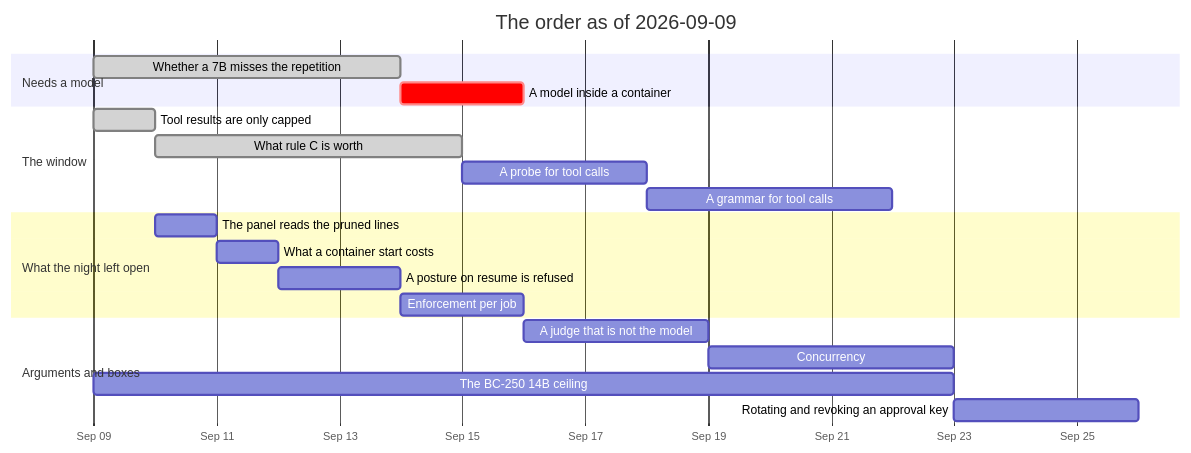
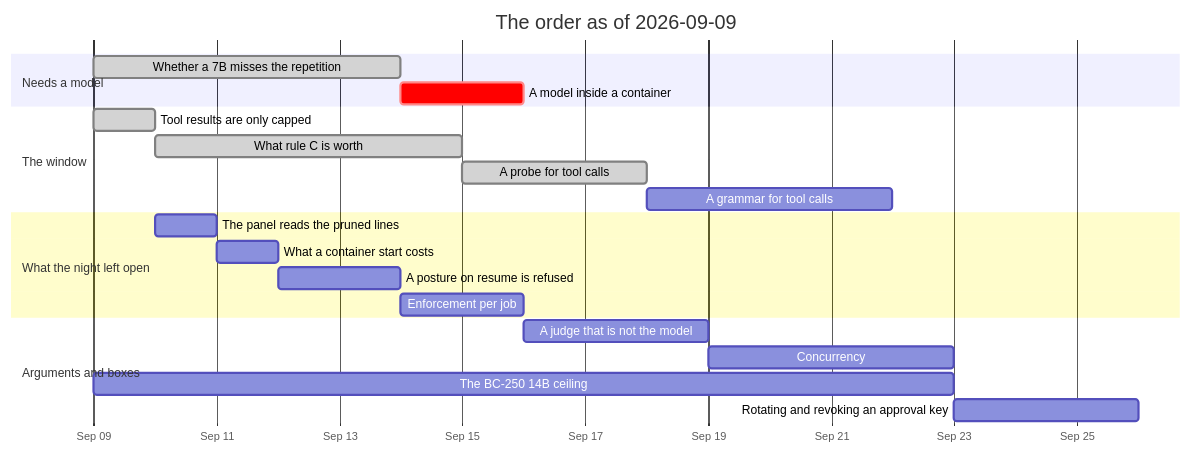
The diagram in ROADMAP/2026-09-09/README.md (jgermade/luu), drawn with Mermaid before and after one commit. The commit also changed other lines of this file and 34 other files, not shown here.

First line of the commit message:
The tool-call probe, run: item 4 closed at 20% clean-call

````diff
--- a/ROADMAP/2026-09-09/README.md
+++ b/ROADMAP/2026-09-09/README.md
@@ -85,24 +85,24 @@
 ```mermaid
 gantt
     title The order as of 2026-09-09
     dateFormat YYYY-MM-DD
     axisFormat %b %d
     section Needs a model
     Whether a 7B misses the repetition     :done, rep, 2026-09-09, 5d
     A model inside a container             :crit, ctr, after rep, 2d
     section The window
     Tool results are only capped           :done, steps, 2026-09-09, 1d
     What rule C is worth                   :done, worth, after steps, 5d
-    A probe for tool calls                 :probe, after worth, 3d
+    A probe for tool calls                 :done, probe, after worth, 3d
     A grammar for tool calls               :gbnf, after probe, 4d
     section What the night left open
     The panel reads the pruned lines       :trace, after steps, 1d
     What a container start costs           :cost, after trace, 1d
     A posture on resume is refused         :posture, after cost, 2d
     Enforcement per job                    :enf, after posture, 2d
     section Arguments and boxes
     A judge that is not the model          :judge, after enf, 3d
     Concurrency                            :conc, after judge, 4d
     The BC-250 14B ceiling                 :bc250, 2026-09-09, 14d
     Rotating and revoking an approval key  :keys, after conc, 3d
 ```
````
